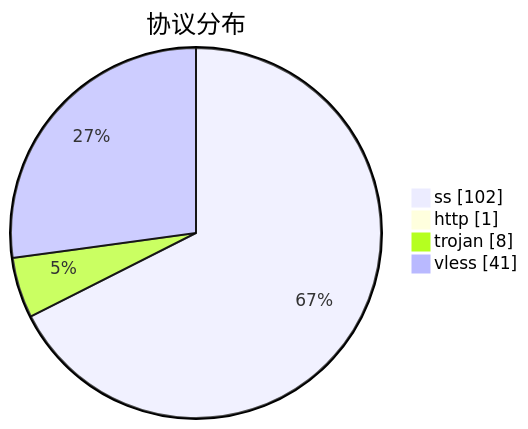
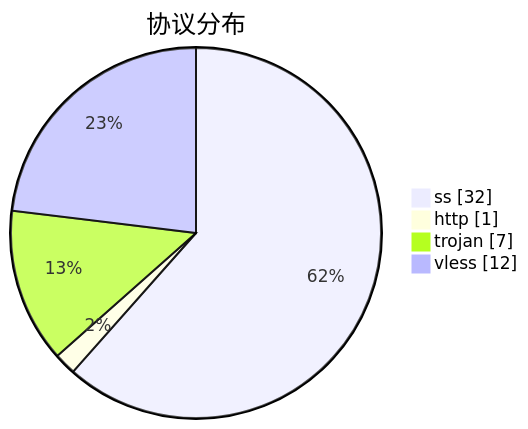
The third of 3 diagrams in subs/statistics/tested_within.md (qjlxg/airport), drawn with Mermaid before and after one commit. The commit also changed other lines of this file and 2 other files, not shown here.

````diff
--- a/subs/statistics/tested_within.md
+++ b/subs/statistics/tested_within.md
@@ -16,8 +15,8 @@
 ```mermaid
 pie showData
 title 协议分布
-"ss" : 102
+"ss" : 32
 "http" : 1
-"trojan" : 8
-"vless" : 41
+"trojan" : 7
+"vless" : 12
 ```
````
